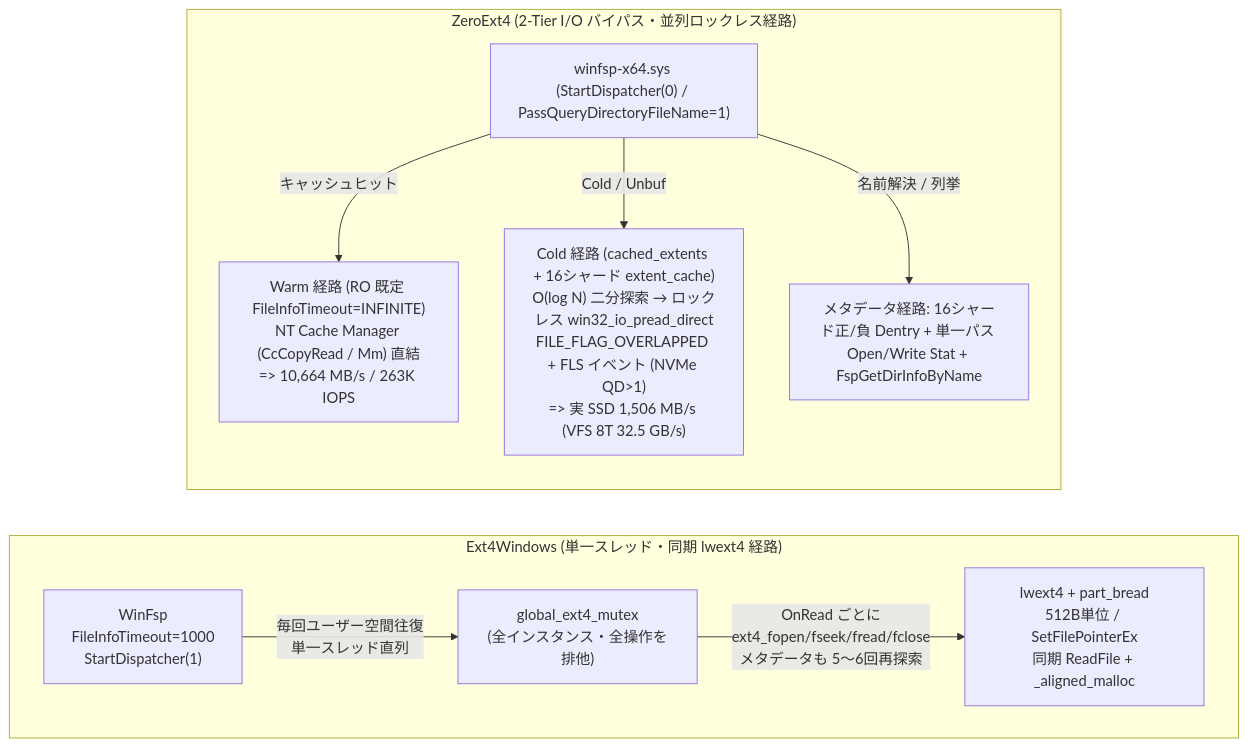
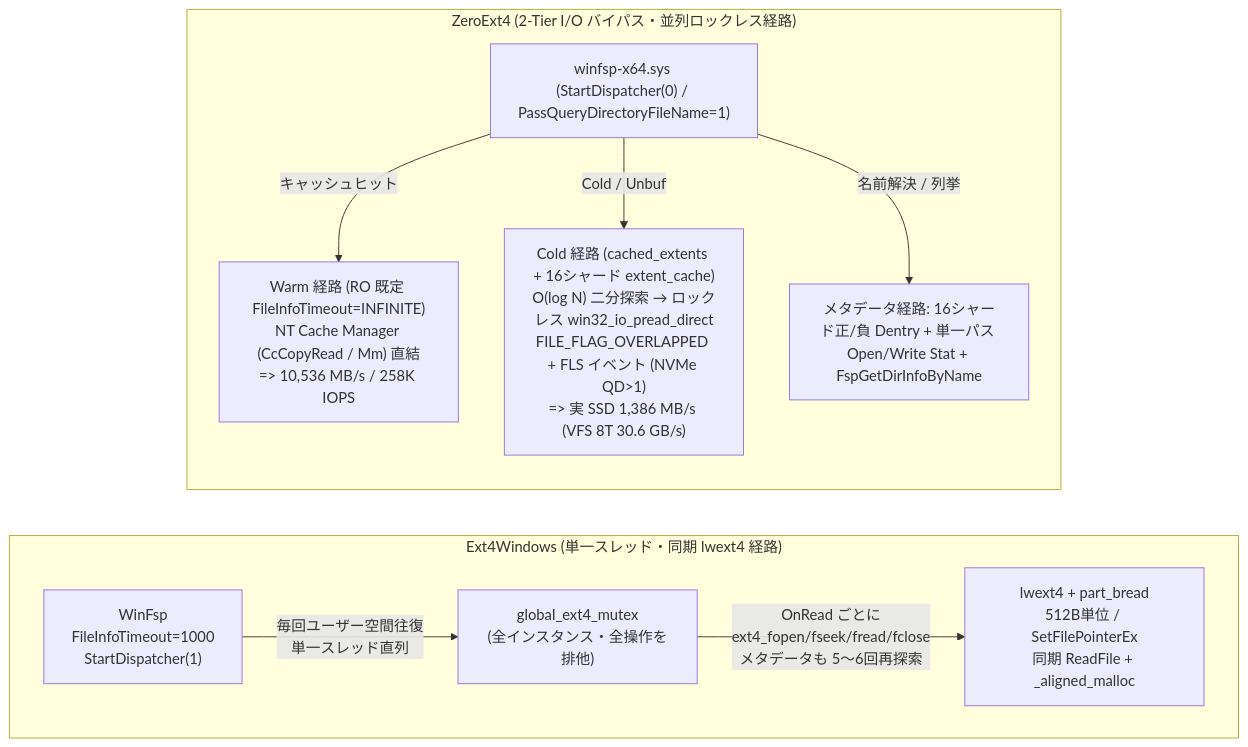
One commit to totatake/ZeroExt changed the diagram in docs/reports/ext4windows-comparison.md. Above: the diagram before and after it, drawn with Mermaid. The commit also changed other lines of this file and 5 other files, not shown here.

````diff
--- a/docs/reports/ext4windows-comparison.md
+++ b/docs/reports/ext4windows-comparison.md
@@ -36,19 +36,19 @@
 ```mermaid
 flowchart LR
     subgraph Ext4W["Ext4Windows (単一スレッド・同期 lwext4 経路)"]
         direction LR
         E1["WinFsp\nFileInfoTimeout=1000\nStartDispatcher(1)"] -->|"毎回ユーザー空間往復\n単一スレッド直列"| E2["global_ext4_mutex\n(全インスタンス・全操作を排他)"]
         E2 -->|"OnRead ごとに\next4_fopen/fseek/fread/fclose\nメタデータも 5〜6回再探索"| E3["lwext4 + part_bread\n512B単位 / SetFilePointerEx\n同期 ReadFile + _aligned_malloc"]
     end
 
     subgraph ZeroExt4["ZeroExt4 (2-Tier I/O バイパス・並列ロックレス経路)"]
         direction TB
         ZSys["winfsp-x64.sys (StartDispatcher(0) / PassQueryDirectoryFileName=1)"]
-        ZHot["Warm 経路 (RO 既定 FileInfoTimeout=INFINITE)\nNT Cache Manager (CcCopyRead / Mm) 直結\n=> 10,664 MB/s / 263K IOPS"]
-        ZCold["Cold 経路 (cached_extents + 16シャード extent_cache)\nO(log N) 二分探索 → ロックレス win32_io_pread_direct\nFILE_FLAG_OVERLAPPED + FLS イベント (NVMe QD>1)\n=> 実 SSD 1,506 MB/s (VFS 8T 32.5 GB/s)"]
+        ZHot["Warm 経路 (RO 既定 FileInfoTimeout=INFINITE)\nNT Cache Manager (CcCopyRead / Mm) 直結\n=> 10,536 MB/s / 258K IOPS"]
+        ZCold["Cold 経路 (cached_extents + 16シャード extent_cache)\nO(log N) 二分探索 → ロックレス win32_io_pread_direct\nFILE_FLAG_OVERLAPPED + FLS イベント (NVMe QD>1)\n=> 実 SSD 1,386 MB/s (VFS 8T 30.6 GB/s)"]
         ZMeta["メタデータ経路: 16シャード正/負 Dentry + 単一パス Open/Write Stat + FspGetDirInfoByName"]
         ZSys -->|"キャッシュヒット"| ZHot
         ZSys -->|"Cold / Unbuf"| ZCold
         ZSys -->|"名前解決 / 列挙"| ZMeta
     end
 ```
````
